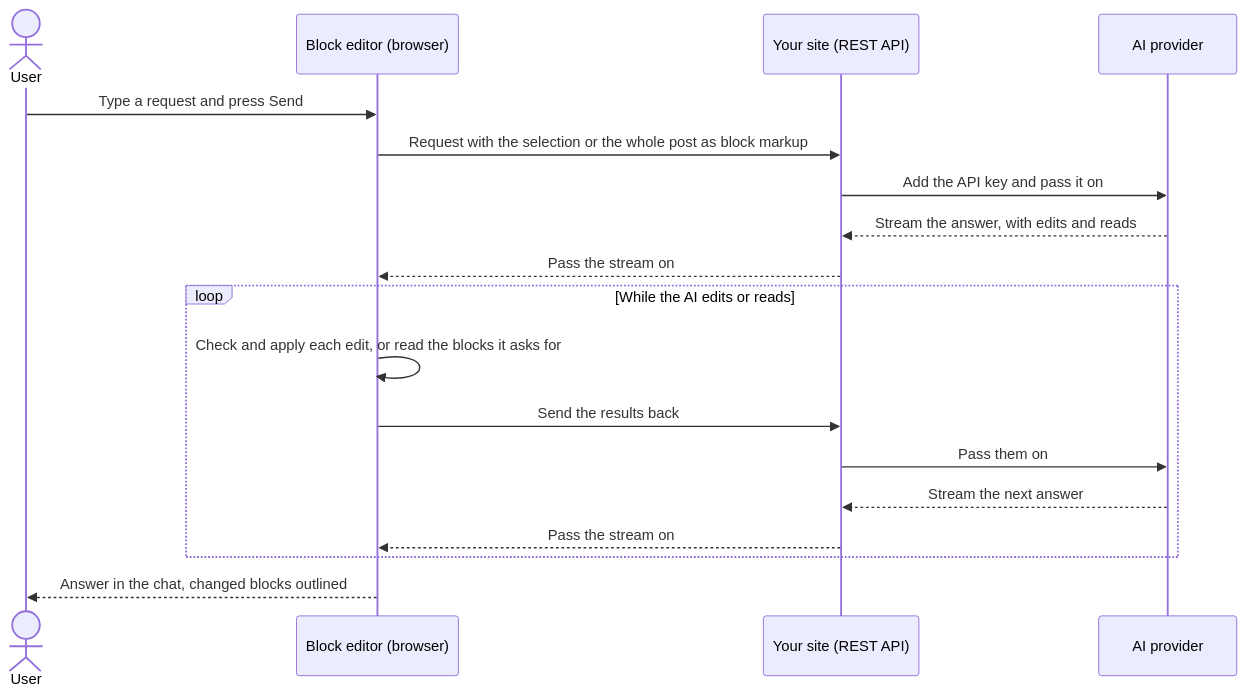
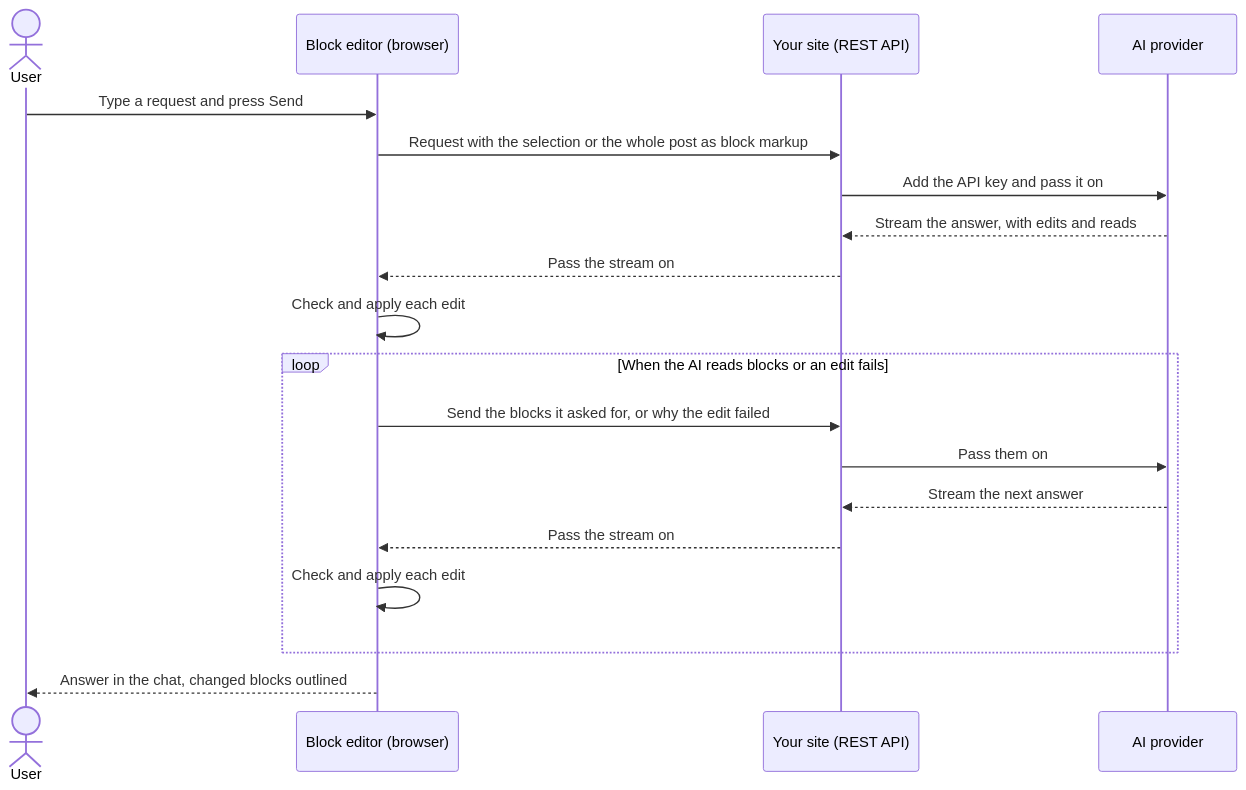
One commit to t-hamano/ai-chat-block-editor-extension changed the diagram in README.md. Above: the diagram before and after it, drawn with Mermaid.

Commit message:
Show that results go back to the AI only for reads and failed edits
Claude-Session: https://claude.ai/code/session_011g9URxcK3g7oWNnNXMB1LR

````diff
--- a/README.md
+++ b/README.md
@@ -54,21 +54,22 @@
 ```mermaid
 sequenceDiagram
     actor User
     participant Editor as Block editor (browser)
     participant Site as Your site (REST API)
     participant AI as AI provider
 
     User->>Editor: Type a request and press Send
     Editor->>Site: Request with the selection or the whole post as block markup
     Site->>AI: Add the API key and pass it on
     AI-->>Site: Stream the answer, with edits and reads
     Site-->>Editor: Pass the stream on
-    loop While the AI edits or reads
-        Editor->>Editor: Check and apply each edit, or read the blocks it asks for
-        Editor->>Site: Send the results back
+    Editor->>Editor: Check and apply each edit
+    loop When the AI reads blocks or an edit fails
+        Editor->>Site: Send the blocks it asked for, or why the edit failed
         Site->>AI: Pass them on
         AI-->>Site: Stream the next answer
         Site-->>Editor: Pass the stream on
+        Editor->>Editor: Check and apply each edit
     end
     Editor-->>User: Answer in the chat, changed blocks outlined
 ```
````
